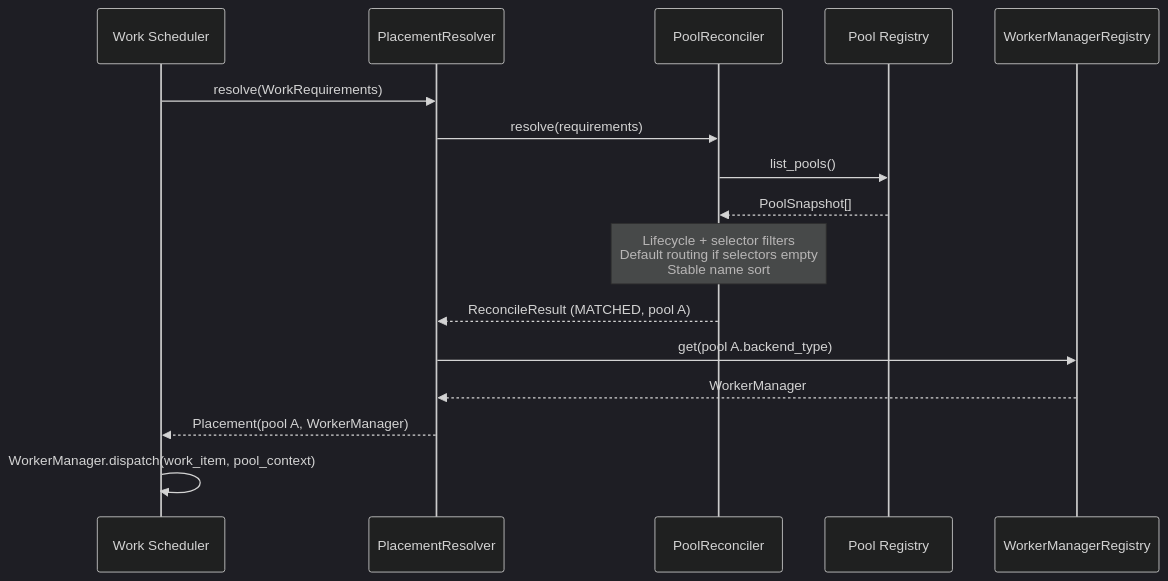
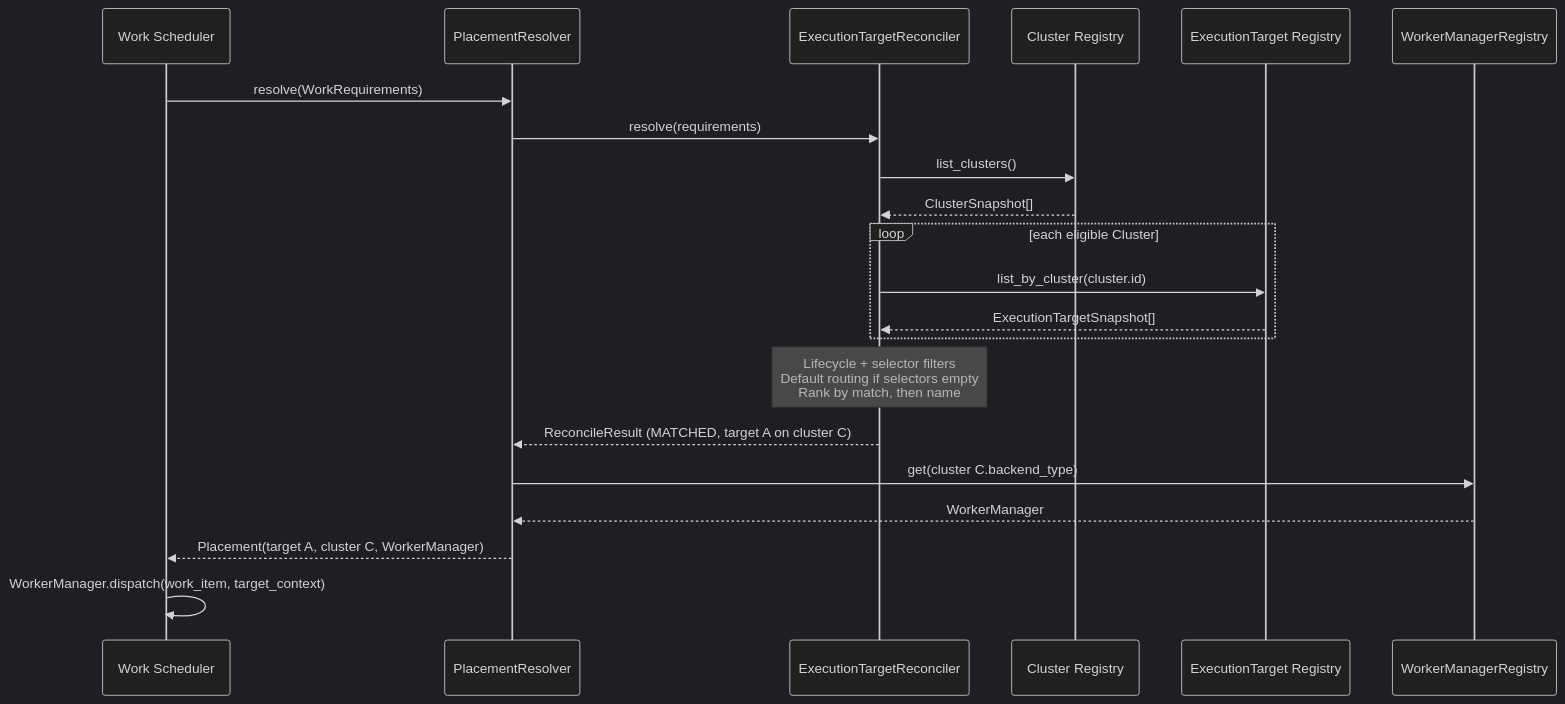
Before and after one commit to syntara-orchestration/syntara: the second of 3 diagrams in backend/docs/execution-plane/pool-reconciler.md, drawn with Mermaid (dark theme). The commit also changed other lines of this file, not shown here.

First line of the commit message:
docs(AAP-92721): recast Pool Reconciler as ExecutionTarget Reconciler

````diff
--- a/backend/docs/execution-plane/pool-reconciler.md
+++ b/backend/docs/execution-plane/pool-reconciler.md
@@ -346,19 +472,24 @@
 ```mermaid
 sequenceDiagram
     participant S as Work Scheduler
     participant PR as PlacementResolver
-    participant R as PoolReconciler
-    participant Reg as Pool Registry
+    participant R as ExecutionTargetReconciler
+    participant CR as Cluster Registry
+    participant TR as ExecutionTarget Registry
     participant WM as WorkerManagerRegistry
 
     S->>PR: resolve(WorkRequirements)
     PR->>R: resolve(requirements)
-    R->>Reg: list_pools()
-    Reg-->>R: PoolSnapshot[]
-    Note over R: Lifecycle + selector filters<br/>Default routing if selectors empty<br/>Stable name sort
-    R-->>PR: ReconcileResult (MATCHED, pool A)
-    PR->>WM: get(pool A.backend_type)
+    R->>CR: list_clusters()
+    CR-->>R: ClusterSnapshot[]
+    loop each eligible Cluster
+        R->>TR: list_by_cluster(cluster.id)
+        TR-->>R: ExecutionTargetSnapshot[]
+    end
+    Note over R: Lifecycle + selector filters<br/>Default routing if selectors empty<br/>Rank by match, then name
+    R-->>PR: ReconcileResult (MATCHED, target A on cluster C)
+    PR->>WM: get(cluster C.backend_type)
     WM-->>PR: WorkerManager
-    PR-->>S: Placement(pool A, WorkerManager)
-    S->>S: WorkerManager.dispatch(work_item, pool_context)
+    PR-->>S: Placement(target A, cluster C, WorkerManager)
+    S->>S: WorkerManager.dispatch(work_item, target_context)
 ```
````
